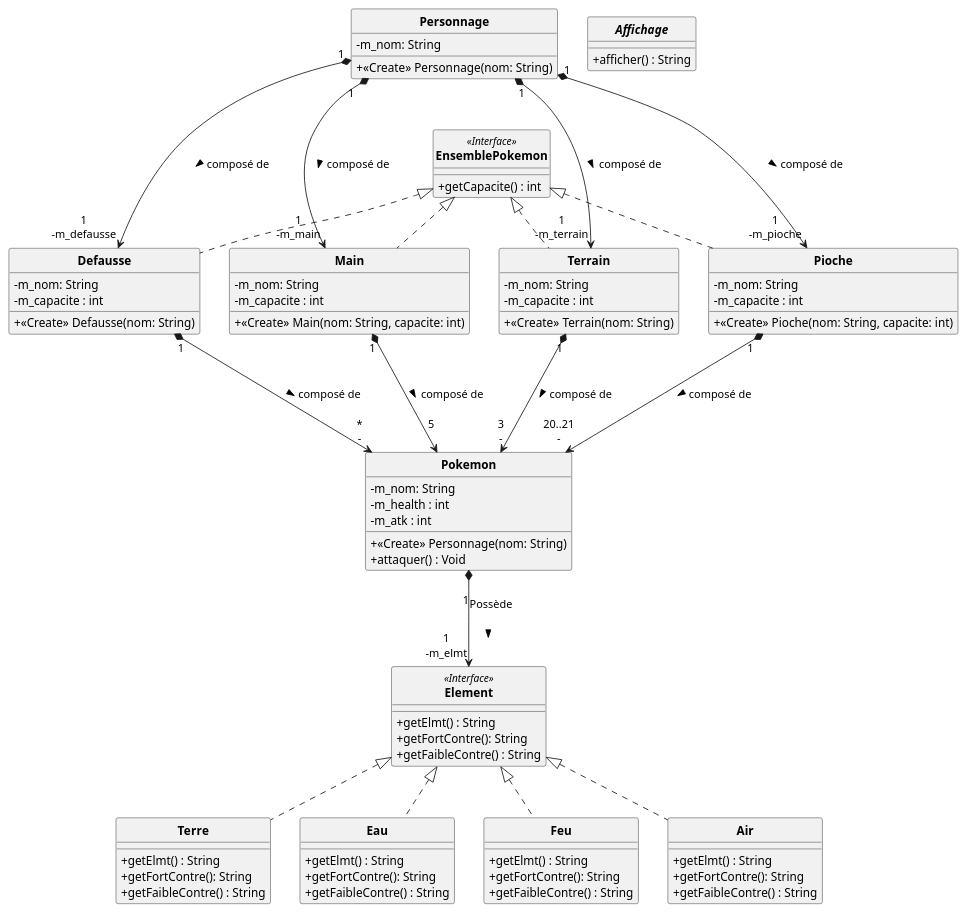
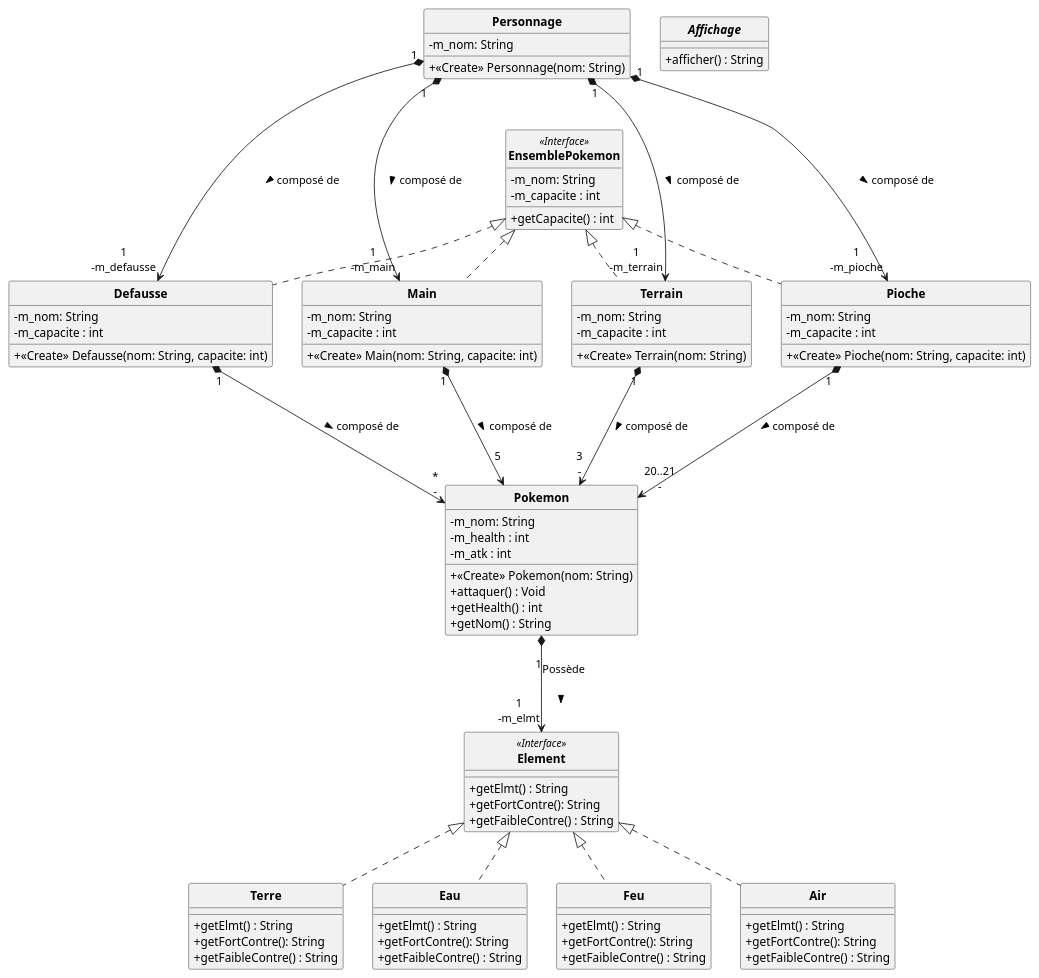
One commit to DLR-coding/POOkemon changed the diagram in uml/semaine1.puml. Above: the diagram before and after it, drawn with PlantUML. The commit also changed 4 other files, not shown here.

```diff
--- a/uml/semaine1.puml
+++ b/uml/semaine1.puml
@@ -1,110 +1,114 @@
 @startuml
 'https://plantuml.com/class-diagram
 skinparam classAttributeIconSize 0
 skinparam classFontStyle Bold
 skinparam style strictuml
 
 class Personnage
 {
     - m_nom: String
     + <<Create>> Personnage(nom: String)
 }
 
 class EnsemblePokemon <<Interface>>
 {
+    - m_nom: String
+    - m_capacite : int
     + getCapacite() : int
 }
 
 class Defausse implements EnsemblePokemon
 {
     - m_nom: String
     - m_capacite : int
-    + <<Create>> Defausse(nom: String)
+    + <<Create>> Defausse(nom: String, capacite: int)
 }
 
 class Main implements EnsemblePokemon
 {
     - m_nom: String
     - m_capacite : int
     + <<Create>> Main(nom: String, capacite: int)
 }
 
 class Terrain implements EnsemblePokemon
 {
     - m_nom: String
     - m_capacite : int
     + <<Create>> Terrain(nom: String)
 }
 
 class Pioche implements EnsemblePokemon
 {
     - m_nom: String
     - m_capacite : int
     + <<Create>> Pioche(nom: String, capacite: int)
 }
 
 
 class Pokemon
 {
     - m_nom: String
     - m_health : int
     - m_atk : int
-    + <<Create>> Personnage(nom: String)
+    + <<Create>> Pokemon(nom: String)
     + attaquer() : Void
+    + getHealth() : int
+    + getNom() : String
 }
 
 class Element <<Interface>>
 {
     + getElmt() : String
     + getFortContre(): String
     + getFaibleContre() : String
 }
 
 
 class Terre implements Element
 {
     + getElmt() : String
     + getFortContre(): String
     + getFaibleContre() : String
 }
 
 class Eau implements Element
 {
     + getElmt() : String
     + getFortContre(): String
     + getFaibleContre() : String
 }
 
 class Feu implements Element
 {
     + getElmt() : String
     + getFortContre(): String
     + getFaibleContre() : String
 }
 
 class Air implements Element
 {
     + getElmt() : String
     + getFortContre(): String
     + getFaibleContre() : String
 }
 
 abstract Affichage
 {
     + afficher() : String
 }
 
 Pioche "1" *---> "20..21\n-" Pokemon : composé de \t\t >
 Main "1" *---> "5\n" Pokemon : composé de \t\t >
 Terrain "1" *---> "3\n-" Pokemon : composé de \t\t >
 Defausse "1" *---> "*\n-" Pokemon : composé de \t\t >
 
 Pokemon "\n 1" *--> "1\n-m_elmt" Element : Possède\n\n >
 Personnage "1" *---> "1\n-m_terrain" Terrain : composé de \t\t >
 Personnage "1" *---> "1\n-m_pioche" Pioche : composé de \t\t >
 Personnage "1" *---> "1\n-m_main" Main : composé de \t\t >
 Personnage "1" *---> "1\n-m_defausse" Defausse : composé de \t\t >
 
 
 
 @enduml
```
